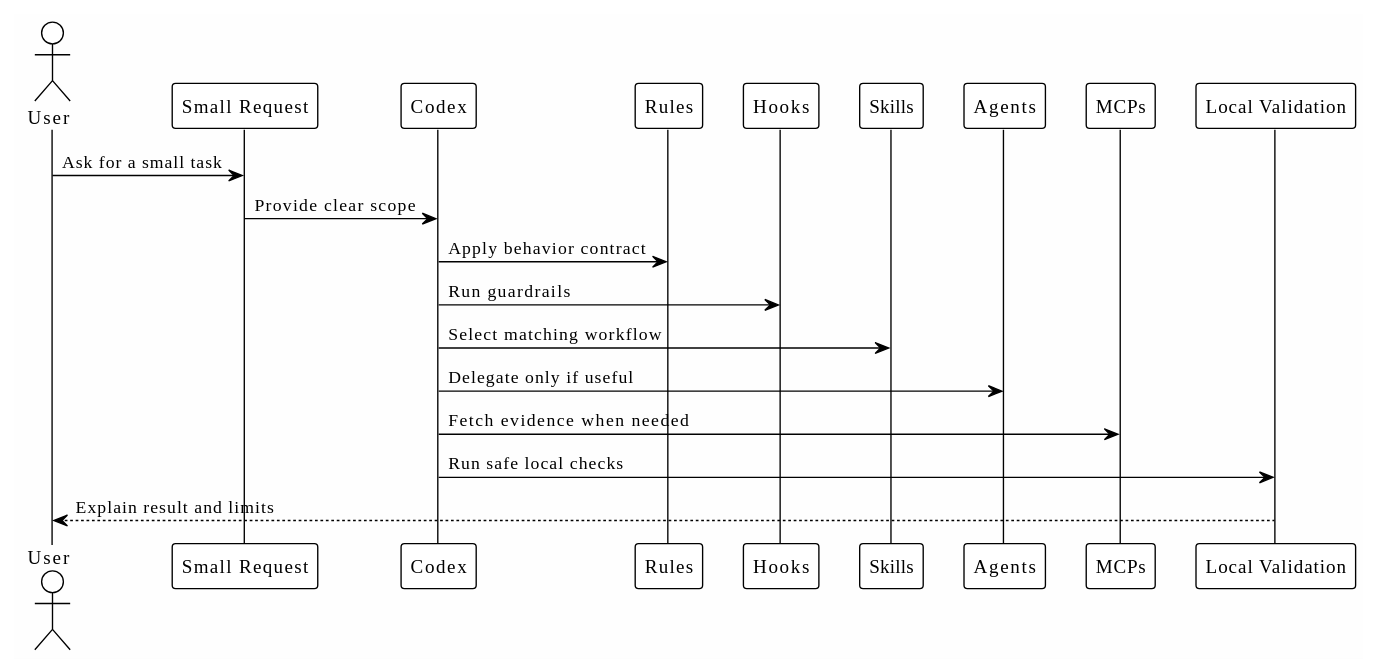
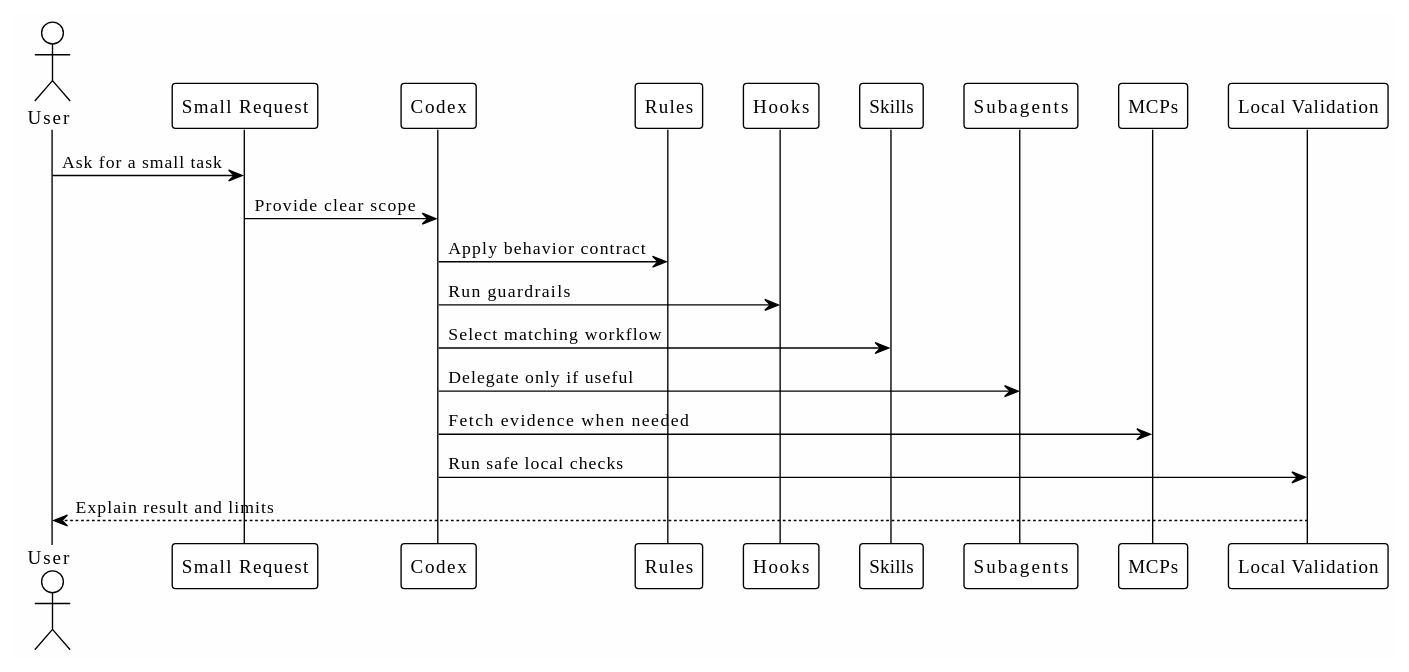
One commit to ivanhoinacki/codex-workflow-workbook changed the diagram in docs/15-checkpoints.md. Above: the diagram before and after it, drawn with PlantUML. The commit also changed other lines of this file and 23 other files, not shown here.

````diff
--- a/docs/15-checkpoints.md
+++ b/docs/15-checkpoints.md
@@ -42,26 +42,26 @@
 ```plantuml
 @startuml
 !theme plain
 skinparam backgroundColor #FEFEFE
 
 actor User
 participant "Small Request" as Request
 participant Codex
 participant Rules
 participant Hooks
 participant Skills
-participant Agents
+participant Subagents
 participant MCPs
 participant "Local Validation" as Validation
 
 User -> Request: Ask for a small task
 Request -> Codex: Provide clear scope
 Codex -> Rules: Apply behavior contract
 Codex -> Hooks: Run guardrails
 Codex -> Skills: Select matching workflow
-Codex -> Agents: Delegate only if useful
+Codex -> Subagents: Delegate only if useful
 Codex -> MCPs: Fetch evidence when needed
 Codex -> Validation: Run safe local checks
 Validation --> User: Explain result and limits
 @enduml
 ```
````
